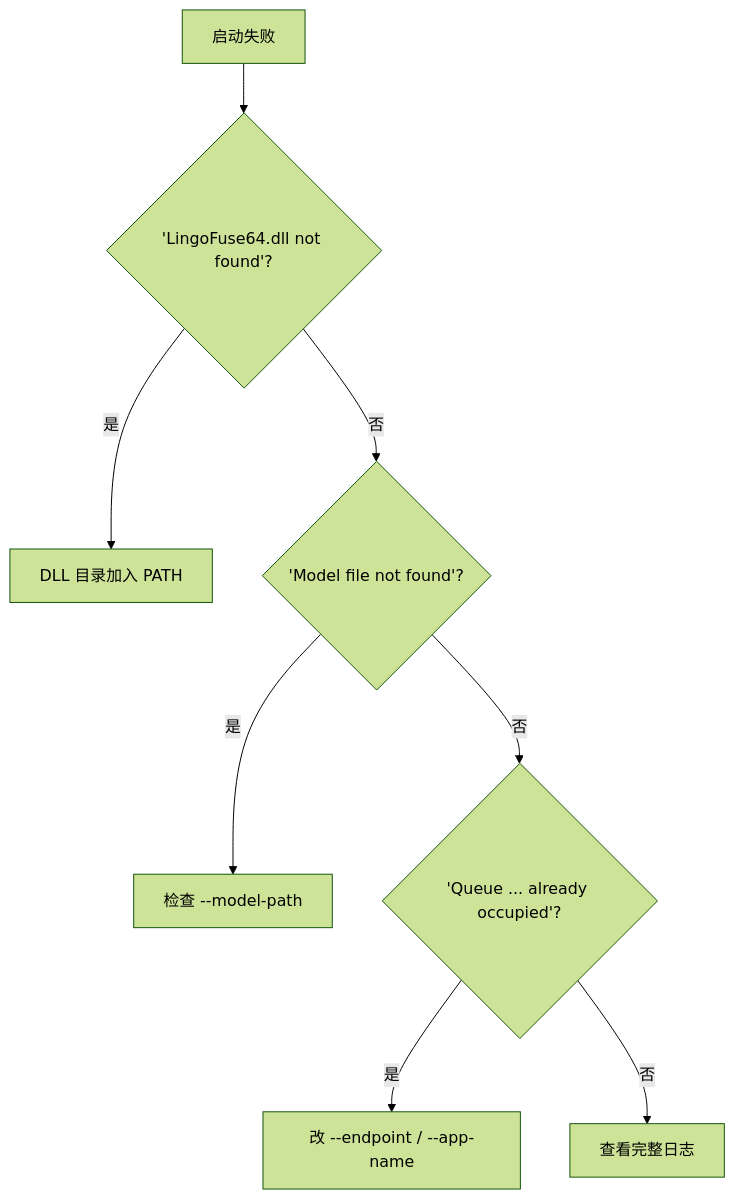
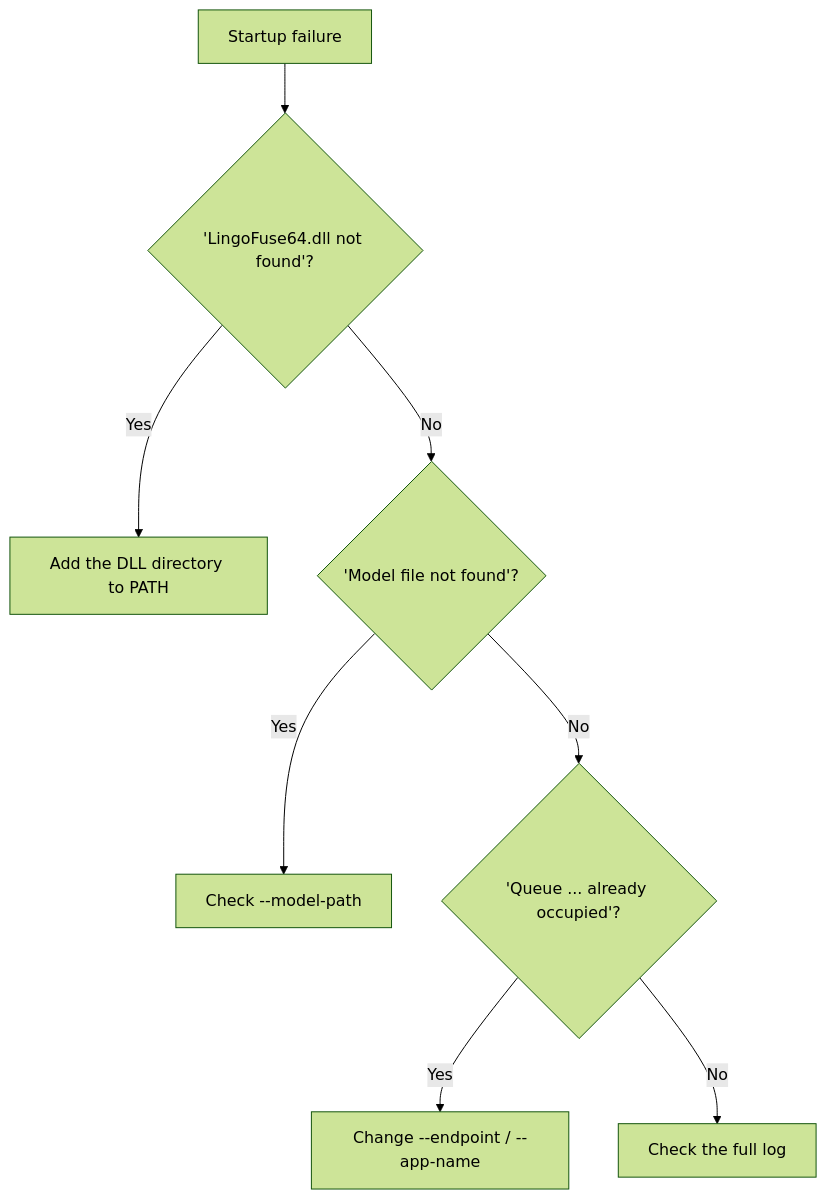
Before and after one commit to PassByYou888/LingoFuse-Tools: diagram 11 of 15 in src/pascal_c_to_mcp/code_decl_to_mcp_knowledge_base.md, drawn with Mermaid (forest theme). The commit also changed other lines of this file, not shown here.

````diff
--- a/src/pascal_c_to_mcp/code_decl_to_mcp_knowledge_base.md
+++ b/src/pascal_c_to_mcp/code_decl_to_mcp_knowledge_base.md
@@ -1628,10 +1629,10 @@
 ```mermaid
 flowchart TD
-    START["启动失败"] --> Q1{"'LingoFuse64.dll not found'?"}
-    Q1 -- 是 --> A1["DLL 目录加入 PATH"]
-    Q1 -- 否 --> Q2{"'Model file not found'?"}
-    Q2 -- 是 --> A2["检查 --model-path"]
-    Q2 -- 否 --> Q3{"'Queue ... already occupied'?"}
-    Q3 -- 是 --> A3["改 --endpoint / --app-name"]
-    Q3 -- 否 --> Q4["查看完整日志"]
+    START["Startup failure"] --> Q1{"'LingoFuse64.dll not found'?"}
+    Q1 -- Yes --> A1["Add the DLL directory to PATH"]
+    Q1 -- No --> Q2{"'Model file not found'?"}
+    Q2 -- Yes --> A2["Check --model-path"]
+    Q2 -- No --> Q3{"'Queue ... already occupied'?"}
+    Q3 -- Yes --> A3["Change --endpoint / --app-name"]
+    Q3 -- No --> Q4["Check the full log"]
 ```
````
